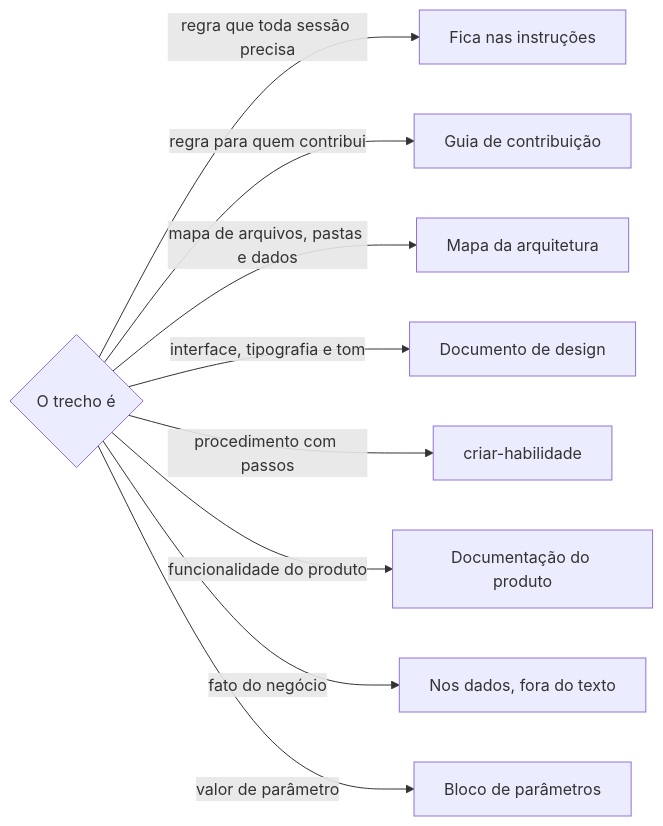
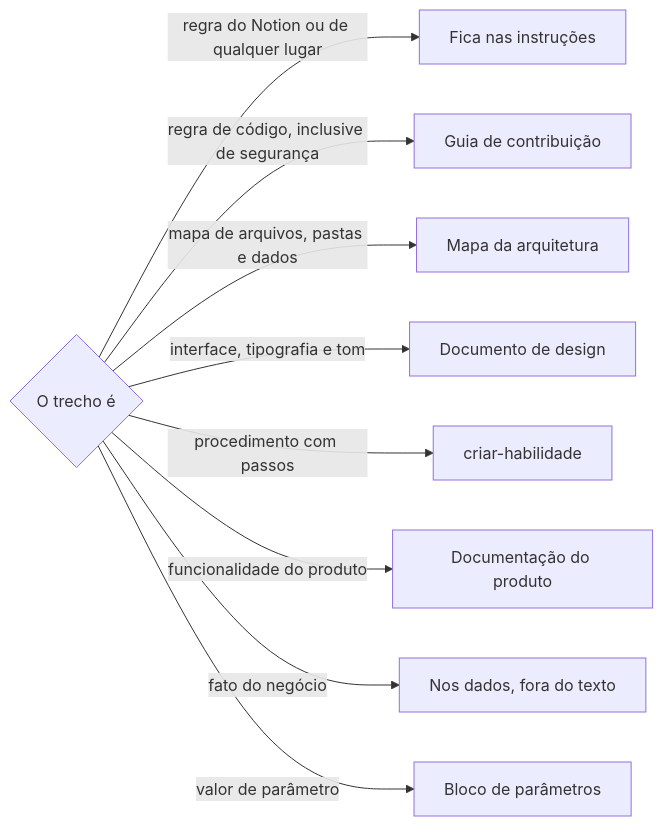
The diagram in .agents/skills/definir-instrucoes-do-projeto/SKILL.md (jimmyandrade/harness), drawn with Mermaid before and after one commit. The commit also changed other lines of this file and 1 other file, not shown here.

````diff
--- a/.agents/skills/definir-instrucoes-do-projeto/SKILL.md
+++ b/.agents/skills/definir-instrucoes-do-projeto/SKILL.md
@@ -33,11 +33,11 @@
 ```mermaid
 flowchart LR
-  A{O trecho é} -->|regra que toda sessão precisa| F[Fica nas instruções]
-  A -->|regra para quem contribui| C[Guia de contribuição]
+  A{O trecho é} -->|regra do Notion ou de qualquer lugar| F[Fica nas instruções]
+  A -->|regra de código, inclusive de segurança| C[Guia de contribuição]
   A -->|mapa de arquivos, pastas e dados| R[Mapa da arquitetura]
   A -->|interface, tipografia e tom| D[Documento de design]
   A -->|procedimento com passos| S[criar-habilidade]
   A -->|funcionalidade do produto| P[Documentação do produto]
   A -->|fato do negócio| N[Nos dados, fora do texto]
   A -->|valor de parâmetro| B[Bloco de parâmetros]
 ```
````
